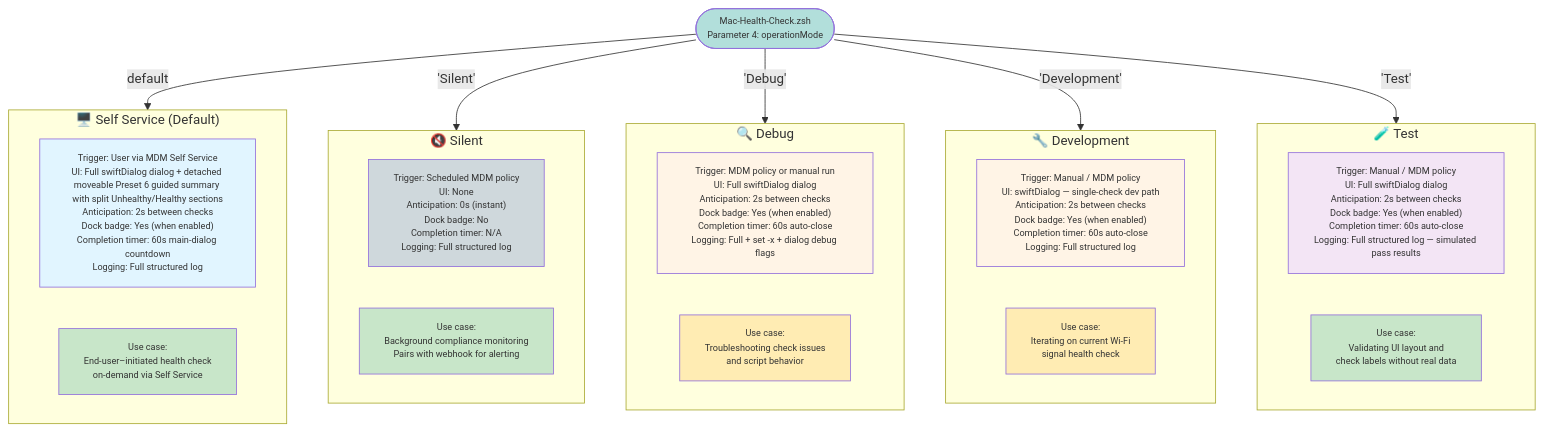
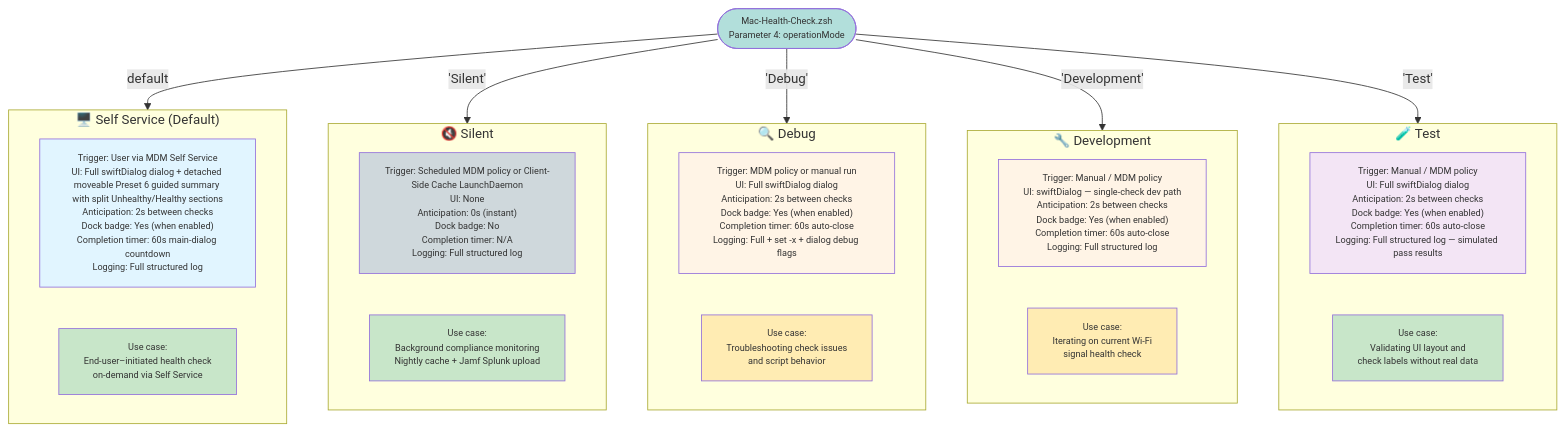
Before and after one commit to HowardGMac/Mac-Health-Check: the diagram in Diagrams/05-operation-modes.md, drawn with Mermaid. The commit also changed other lines of this file and 11 other files, not shown here.

````diff
--- a/Diagrams/05-operation-modes.md
+++ b/Diagrams/05-operation-modes.md
@@ -5,54 +5,54 @@
 ```mermaid
 graph TB
     ENTRY(["Mac-Health-Check.zsh<br>Parameter 4: operationMode"])
 
     subgraph SelfService["🖥️ Self Service (Default)"]
         SS_DESC["Trigger: User via MDM Self Service<br>UI: Full swiftDialog dialog + detached moveable Preset 6 guided summary with split Unhealthy/Healthy sections<br>Anticipation: 2s between checks<br>Dock badge: Yes (when enabled)<br>Completion timer: 60s main-dialog countdown<br>Logging: Full structured log"]
         SS_USE["Use case:<br>End-user–initiated health check<br>on-demand via Self Service"]
 
         style SS_DESC fill:#e1f5ff
         style SS_USE fill:#c8e6c9
     end
 
     subgraph Silent["🔇 Silent"]
-        SL_DESC["Trigger: Scheduled MDM policy<br>UI: None<br>Anticipation: 0s (instant)<br>Dock badge: No<br>Completion timer: N/A<br>Logging: Full structured log"]
-        SL_USE["Use case:<br>Background compliance monitoring<br>Pairs with webhook for alerting"]
+        SL_DESC["Trigger: Scheduled MDM policy or Client-Side Cache LaunchDaemon<br>UI: None<br>Anticipation: 0s (instant)<br>Dock badge: No<br>Completion timer: N/A<br>Logging: Full structured log"]
+        SL_USE["Use case:<br>Background compliance monitoring<br>Nightly cache + Jamf Splunk upload"]
 
         style SL_DESC fill:#cfd8dc
         style SL_USE fill:#c8e6c9
     end
 
     subgraph Debug["🔍 Debug"]
         DB_DESC["Trigger: MDM policy or manual run<br>UI: Full swiftDialog dialog<br>Anticipation: 2s between checks<br>Dock badge: Yes (when enabled)<br>Completion timer: 60s auto-close<br>Logging: Full + set -x + dialog debug flags"]
         DB_USE["Use case:<br>Troubleshooting check issues<br>and script behavior"]
 
         style DB_DESC fill:#fff4e6
         style DB_USE fill:#ffecb3
     end
 
     subgraph Development["🔧 Development"]
         DV_DESC["Trigger: Manual / MDM policy<br>UI: swiftDialog — single-check dev path<br>Anticipation: 2s between checks<br>Dock badge: Yes (when enabled)<br>Completion timer: 60s auto-close<br>Logging: Full structured log"]
         DV_USE["Use case:<br>Iterating on current Wi-Fi<br>signal health check"]
 
         style DV_DESC fill:#fff4e6
         style DV_USE fill:#ffecb3
     end
 
     subgraph Test["🧪 Test"]
         TS_DESC["Trigger: Manual / MDM policy<br>UI: Full swiftDialog dialog<br>Anticipation: 2s between checks<br>Dock badge: Yes (when enabled)<br>Completion timer: 60s auto-close<br>Logging: Full structured log — simulated pass results"]
         TS_USE["Use case:<br>Validating UI layout and<br>check labels without real data"]
 
         style TS_DESC fill:#f3e5f5
         style TS_USE fill:#c8e6c9
     end
 
     ENTRY -->|default| SelfService
     ENTRY -->|"'Silent'"| Silent
     ENTRY -->|"'Debug'"| Debug
     ENTRY -->|"'Development'"| Development
     ENTRY -->|"'Test'"| Test
 
     style ENTRY fill:#b2dfdb
 
     classDef default font-size:11px
 ```
````
